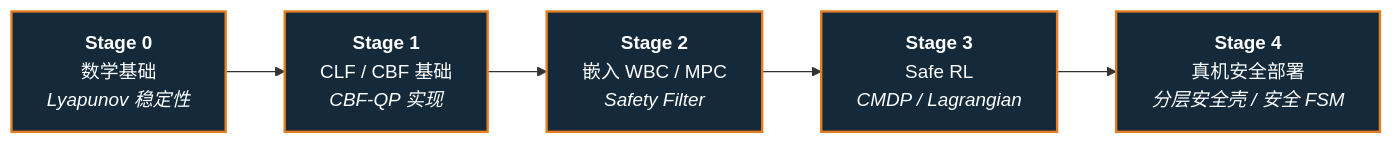
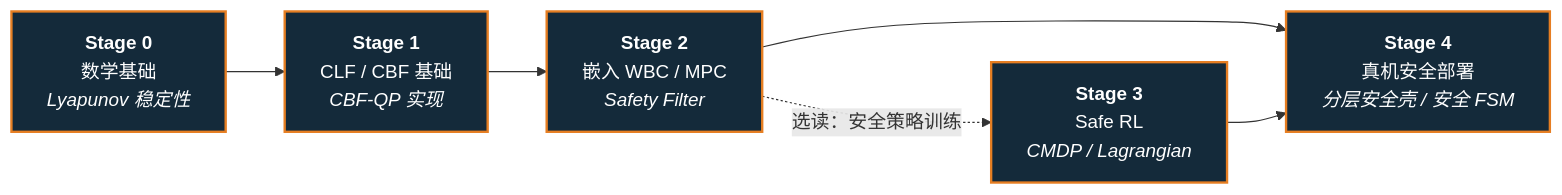
Before and after one commit to ImChong/Robotics_Notebooks: the diagram in roadmap/depth-safe-control.md, drawn with Mermaid. The commit also changed other lines of this file and 11 other files, not shown here.

Commit message:
docs(roadmap): 修正全路线先修关系与控制概念边界

````diff
--- a/roadmap/depth-safe-control.md
+++ b/roadmap/depth-safe-control.md
@@ -11,13 +11,15 @@
 ```mermaid
 flowchart LR
   S0["<b>Stage 0</b><br/>数学基础<br/><em>Lyapunov 稳定性</em>"]
   S1["<b>Stage 1</b><br/>CLF / CBF 基础<br/><em>CBF-QP 实现</em>"]
   S2["<b>Stage 2</b><br/>嵌入 WBC / MPC<br/><em>Safety Filter</em>"]
   S3["<b>Stage 3</b><br/>Safe RL<br/><em>CMDP / Lagrangian</em>"]
   S4["<b>Stage 4</b><br/>真机安全部署<br/><em>分层安全壳 / 安全 FSM</em>"]
 
-  S0 --> S1 --> S2 --> S3 --> S4
+  S0 --> S1 --> S2 --> S4
+  S2 -. "选读：安全策略训练" .-> S3
+  S3 --> S4
 
   classDef stage fill:#142a3a,stroke:#e67e22,stroke-width:2px,color:#fff
   class S0,S1,S2,S3,S4 stage
 ```
````
